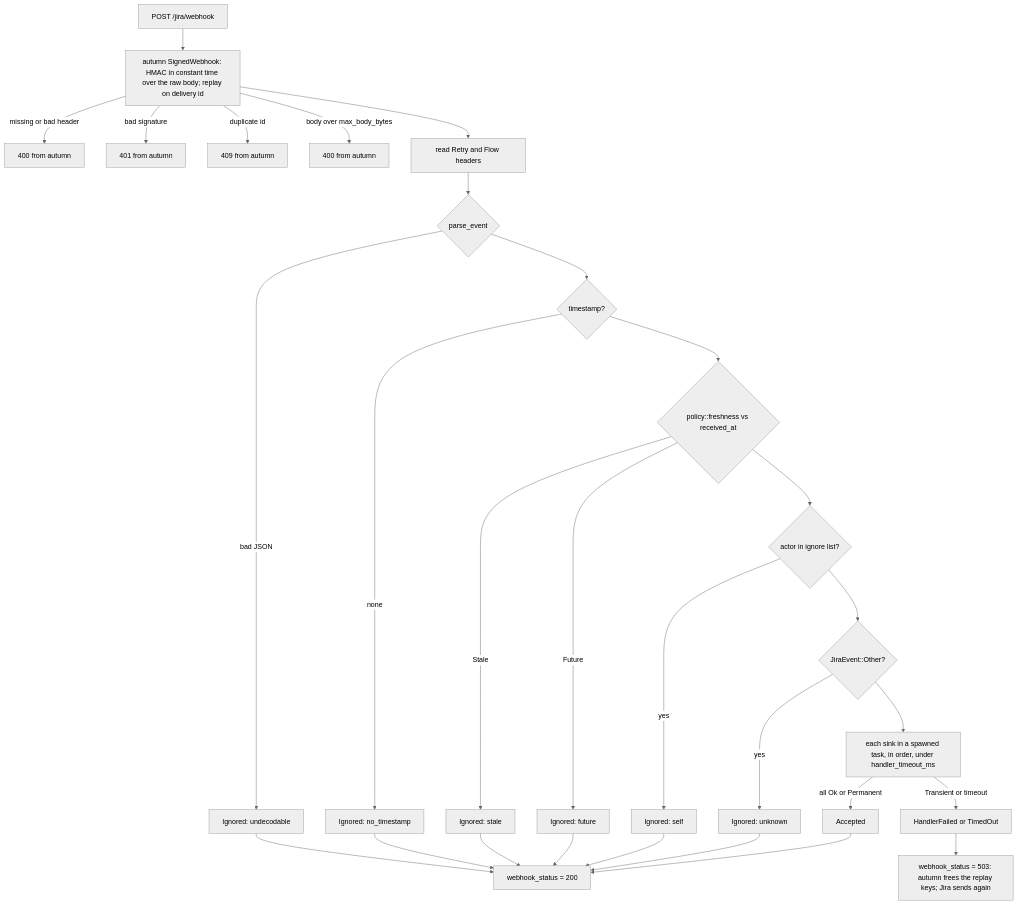
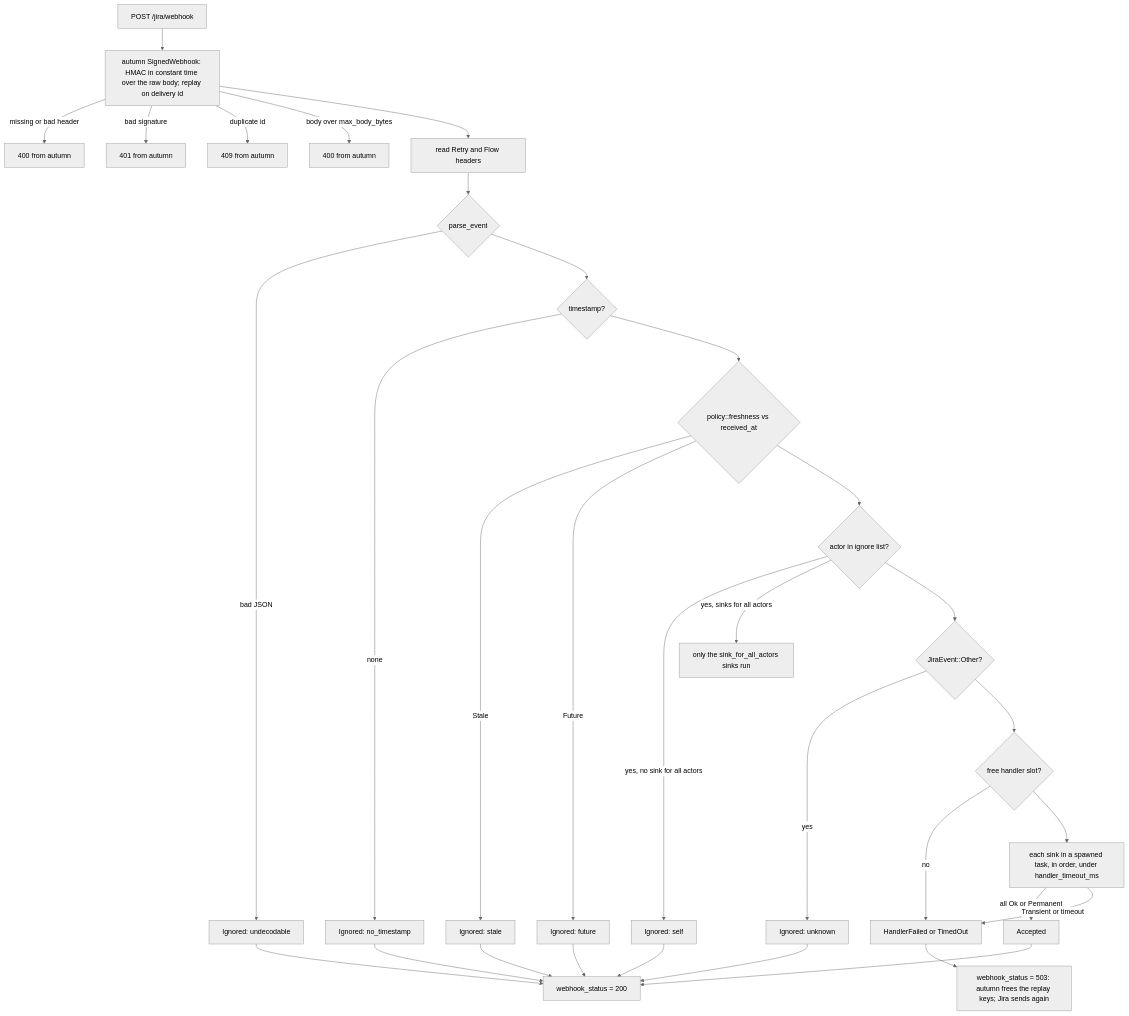
Before and after one commit to autumn-foundation/autumn-plugin-jira: the fourth of 6 diagrams in docs/plan.md, drawn with Mermaid (neutral theme). The commit also changed other lines of this file and 8 other files, not shown here.

````diff
--- a/docs/plan.md
+++ b/docs/plan.md
@@ -1604,25 +1814,28 @@
 ```mermaid
 flowchart TB
   rq[POST /jira/webhook] --> sw[autumn SignedWebhook: HMAC in constant time over the raw body; replay on delivery id]
   sw -->|missing or bad header| r400[400 from autumn]
   sw -->|bad signature| r401[401 from autumn]
   sw -->|duplicate id| r409[409 from autumn]
   sw -->|body over max_body_bytes| r400b[400 from autumn]
   sw --> meta[read Retry and Flow headers]
   meta --> parse{parse_event}
   parse -->|bad JSON| ig1[Ignored: undecodable]
   parse --> ts{timestamp?}
   ts -->|none| ig0[Ignored: no_timestamp]
   ts --> fr{policy::freshness vs received_at}
   fr -->|Stale| ig2[Ignored: stale]
   fr -->|Future| ig2b[Ignored: future]
   fr --> self{actor in ignore list?}
-  self -->|yes| ig3[Ignored: self]
+  self -->|yes, no sink for all actors| ig3[Ignored: self]
+  self -->|yes, sinks for all actors| allrun[only the sink_for_all_actors sinks run]
   self --> other{JiraEvent::Other?}
   other -->|yes| ig4[Ignored: unknown]
-  other --> run[each sink in a spawned task, in order, under handler_timeout_ms]
+  other --> slot{free handler slot?}
+  slot -->|no| fail
+  slot --> run[each sink in a spawned task, in order, under handler_timeout_ms]
   run -->|all Ok or Permanent| acc[Accepted]
   run -->|Transient or timeout| fail[HandlerFailed or TimedOut]
   ig0 & ig1 & ig2 & ig2b & ig3 & ig4 & acc --> s200[webhook_status = 200]
   fail --> s503[webhook_status = 503: autumn frees the replay keys; Jira sends again]
 ```
````
